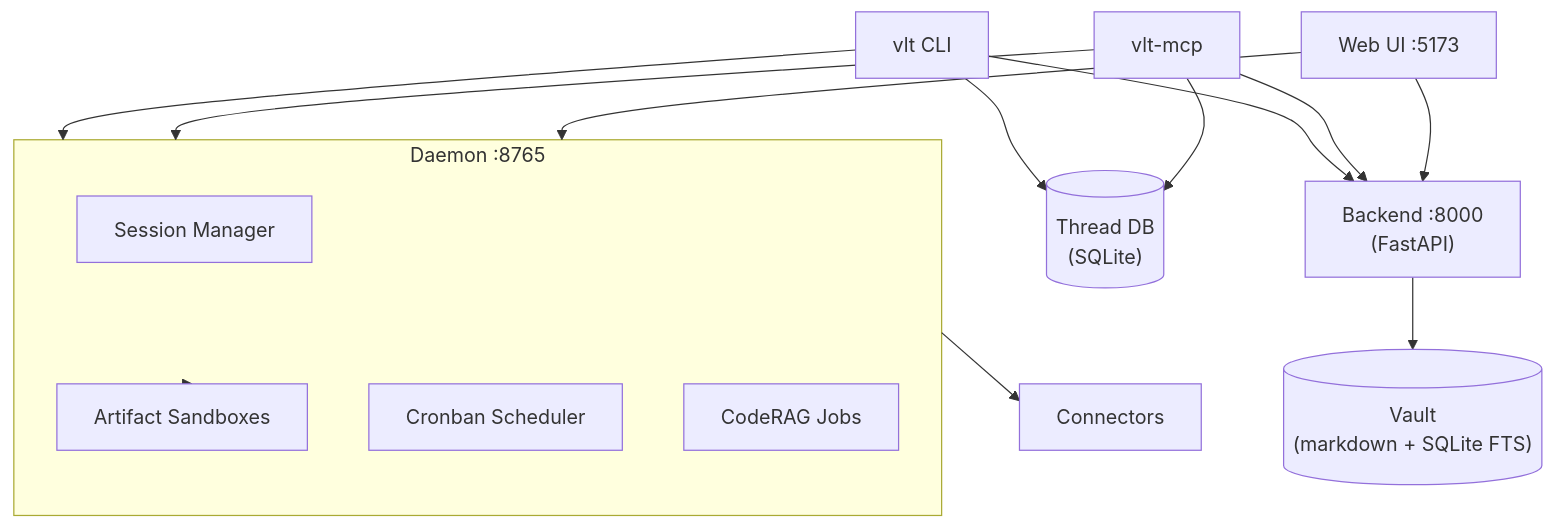
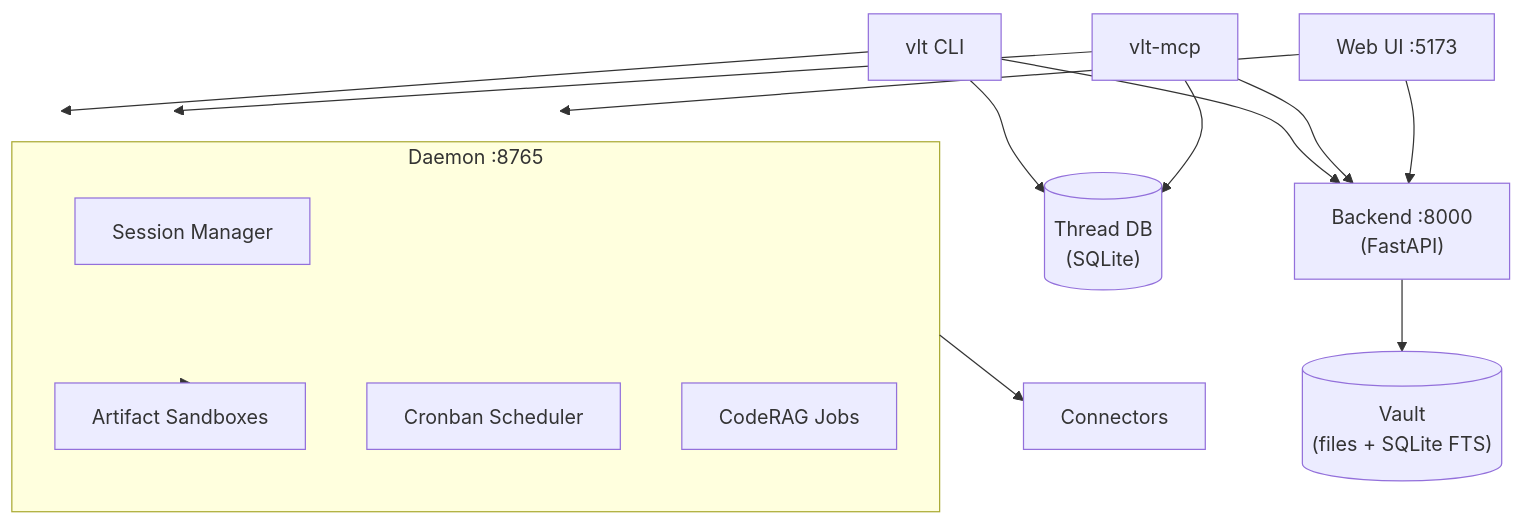
Before and after one commit to NoSaaS-me/Vlt-Bridge: the diagram in README.md, drawn with Mermaid. The commit also changed other lines of this file, not shown here.

First line of the commit message:
docs: fix README inaccuracies — vault is multimodal, add agents/cronban, drop HF OAuth

````diff
--- a/README.md
+++ b/README.md
@@ -57,30 +72,30 @@
 ```mermaid
 flowchart TB
   CLI[vlt CLI]
   MCP[vlt-mcp]
   WebUI[Web UI :5173]
 
   subgraph Daemon ["Daemon :8765"]
     Sessions[Session Manager]
     Artifacts[Artifact Sandboxes]
     Cronban[Cronban Scheduler]
     CRAGd[CodeRAG Jobs]
   end
 
   Backend["Backend :8000\n(FastAPI)"]
   Connectors[Connectors]
-  Vault[("Vault\n(markdown + SQLite FTS)")]
+  Vault[("Vault\n(files + SQLite FTS)")]
   ThreadDB[("Thread DB\n(SQLite)")]
 
   CLI --> ThreadDB
   CLI --> Daemon
   CLI --> Backend
   MCP --> ThreadDB
   MCP --> Daemon
   MCP --> Backend
   WebUI --> Backend
   WebUI --> Daemon
   Backend --> Vault
   Daemon --> Connectors
   Daemon --> Artifacts
 ```
````
